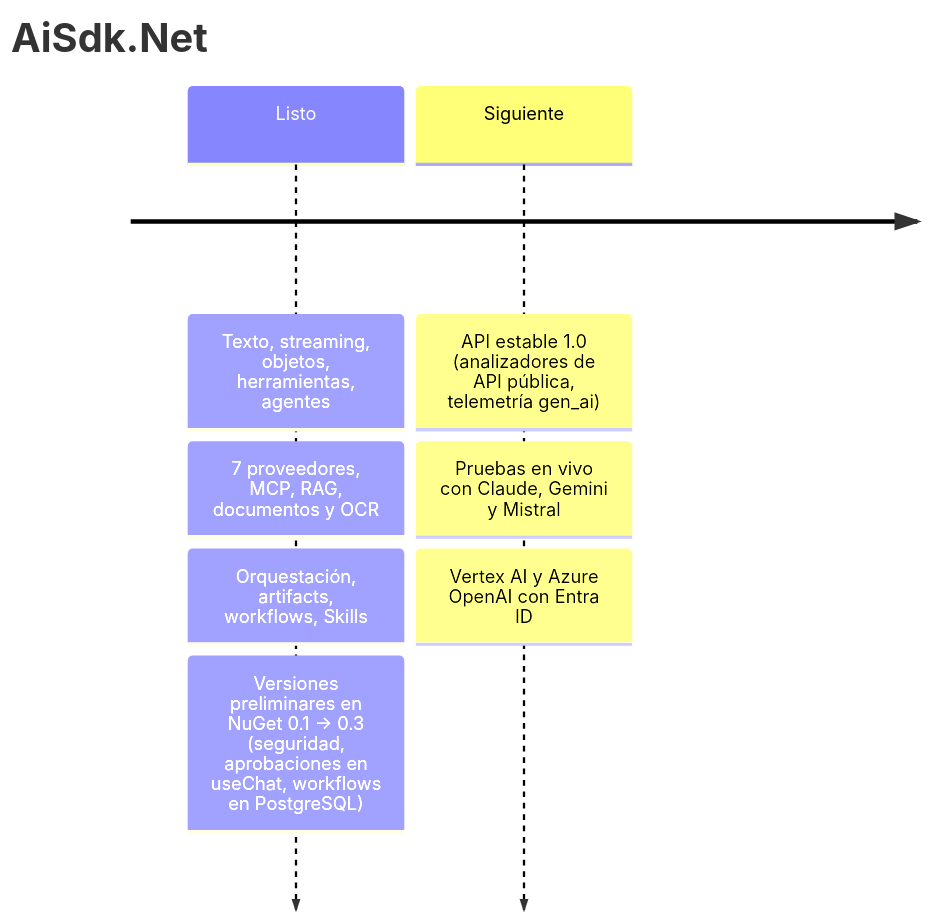
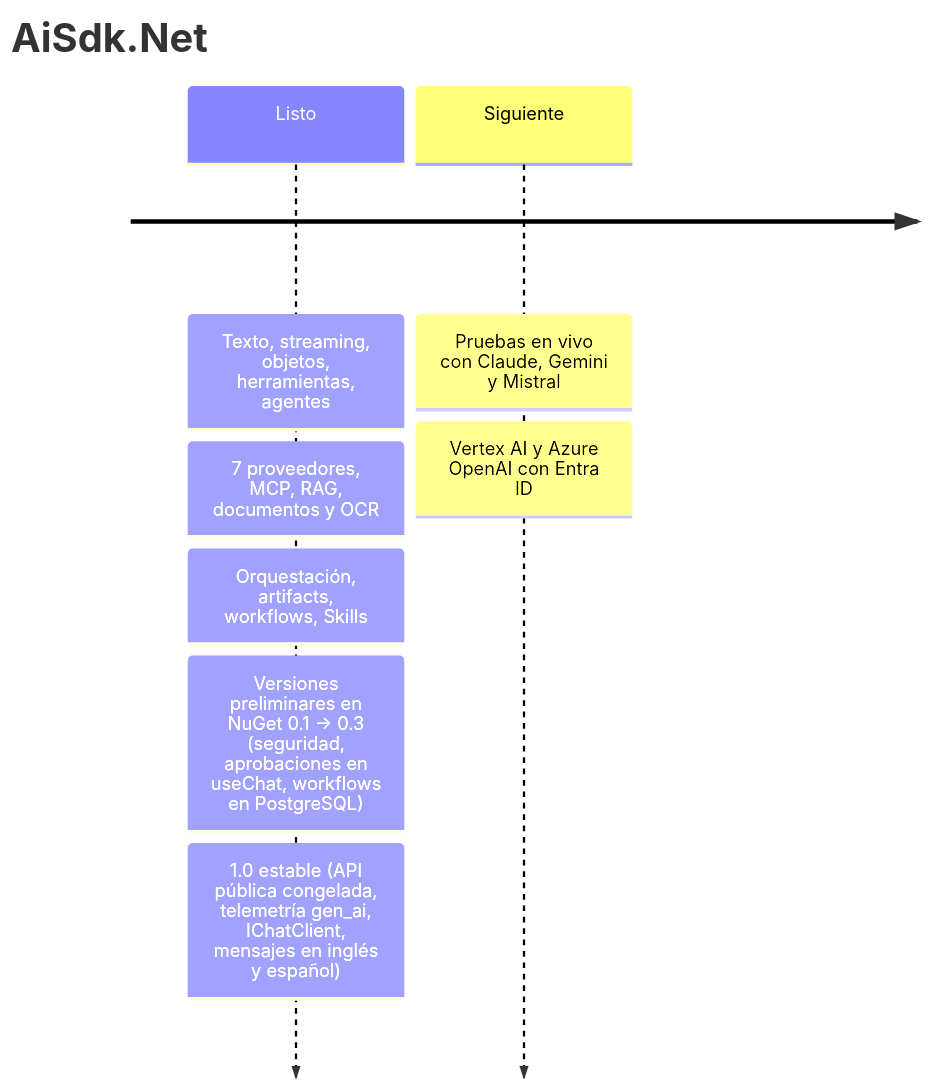
One commit to bluesmilecl/AiSdk.Net changed the diagram in README.es.md. Above: the diagram before and after it, drawn with Mermaid. The commit also changed other lines of this file and 18 other files, not shown here.

````diff
--- a/README.es.md
+++ b/README.es.md
@@ -176,11 +176,11 @@
 ```mermaid
 timeline
     title AiSdk.Net
     Listo : Texto, streaming, objetos, herramientas, agentes
           : 7 proveedores, MCP, RAG, documentos y OCR
           : Orquestación, artifacts, workflows, Skills
           : Versiones preliminares en NuGet 0.1 → 0.3 (seguridad, aprobaciones en useChat, workflows en PostgreSQL)
-    Siguiente : API estable 1.0 (analizadores de API pública, telemetría gen_ai)
-              : Pruebas en vivo con Claude, Gemini y Mistral
+          : 1.0 estable (API pública congelada, telemetría gen_ai, IChatClient, mensajes en inglés y español)
+    Siguiente : Pruebas en vivo con Claude, Gemini y Mistral
               : Vertex AI y Azure OpenAI con Entra ID
 ```
````
